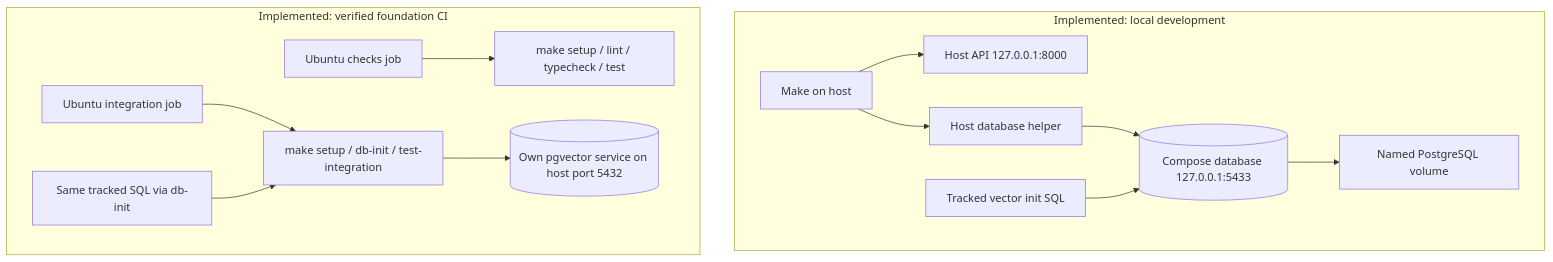
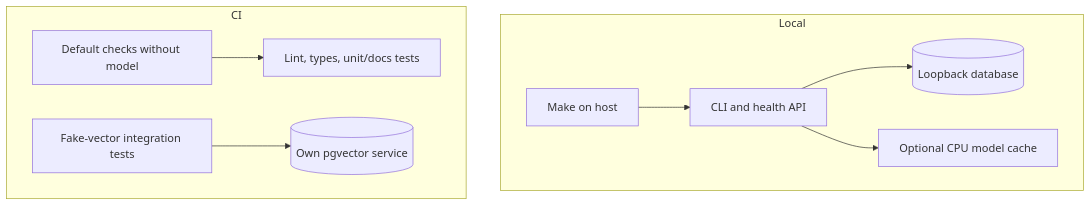
One commit to venkatakgonela/rag-audit-demo changed the sixth of 6 diagrams in docs/ARCHITECTURE.md. Above: the diagram before and after it, drawn with Mermaid. The commit also changed other lines of this file and 12 other files, not shown here.

````diff
--- a/docs/ARCHITECTURE.md
+++ b/docs/ARCHITECTURE.md
@@ -162,16 +146,12 @@
 ```mermaid
 flowchart TB
-    subgraph Local["Implemented: local development"]
-        make["Make on host"] --> api["Host API 127.0.0.1:8000"]
-        make --> init["Host database helper"]
-        init --> db[("Compose database 127.0.0.1:5433")]
-        db --> volume["Named PostgreSQL volume"]
-        sql["Tracked vector init SQL"] --> db
+    subgraph Local
+        make["Make on host"] --> cli["CLI and health API"]
+        cli --> db[("Loopback database")]
+        cli --> onnx["Optional CPU model cache"]
     end
-    subgraph Hosted["Implemented: verified foundation CI"]
-        unit["Ubuntu checks job"] --> checks["make setup / lint / typecheck / test"]
-        integration["Ubuntu integration job"] --> commands["make setup / db-init / test-integration"]
-        commands --> service[("Own pgvector service on host port 5432")]
-        shared["Same tracked SQL via db-init"] --> commands
+    subgraph CI
+        unit["Default checks without model"] --> checks["Lint, types, unit/docs tests"]
+        integration["Fake-vector integration tests"] --> service[("Own pgvector service")]
     end
 ```
````
